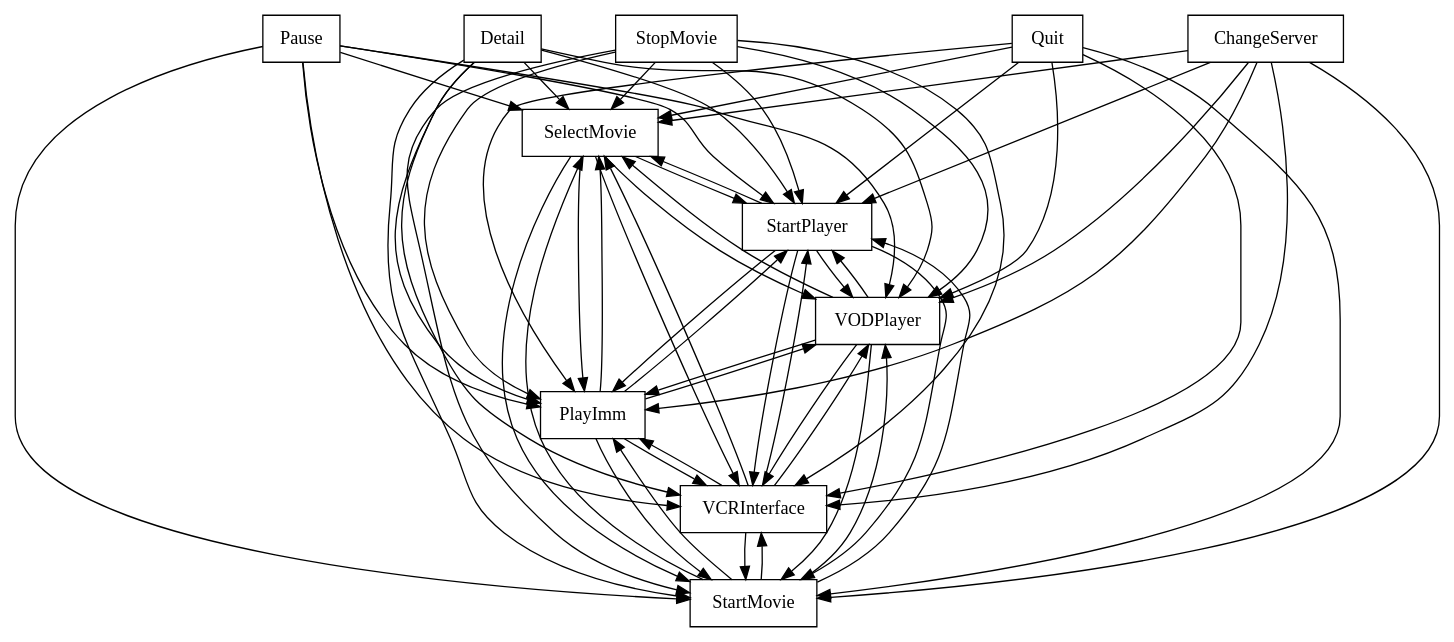
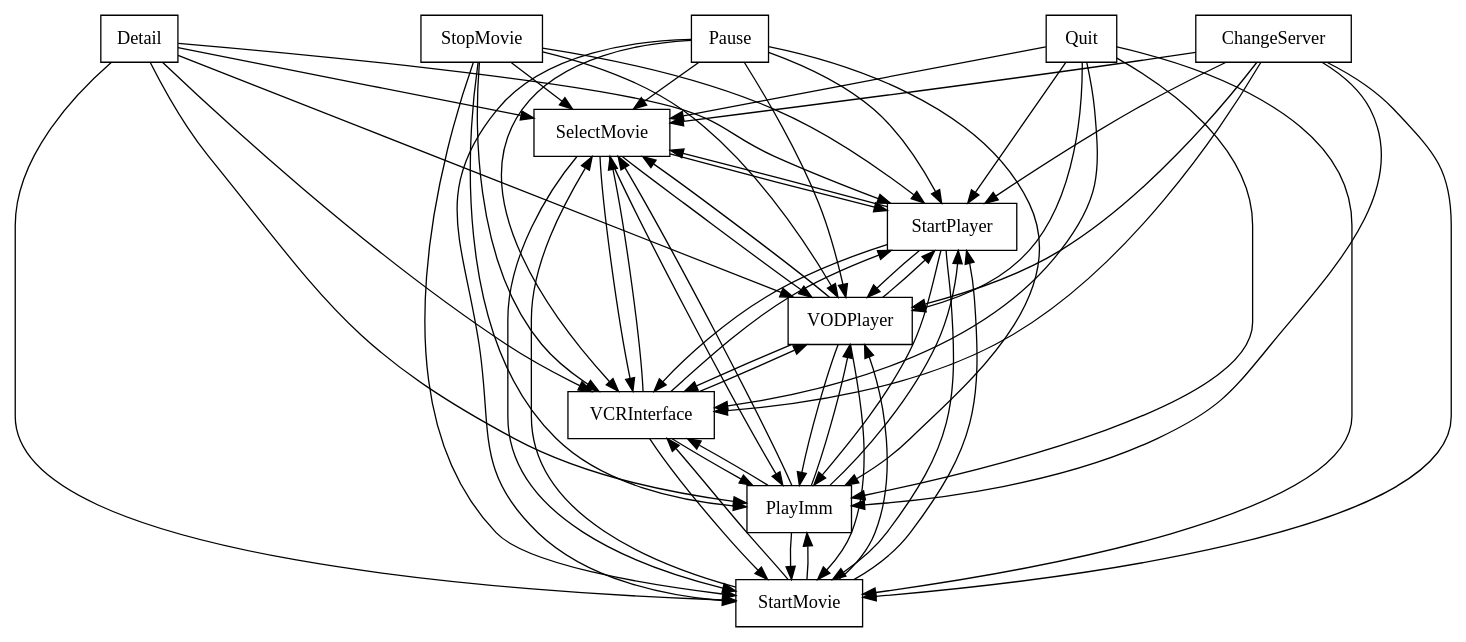
One commit to FAMILIAR-project/familiar-language changed the diagram in FAMILIAR/output/SPLOT-big/fm_26_model_20100324_1996898492.xml.dot. Above: the diagram before and after it, drawn with Graphviz. The commit also changed 102 other files, not shown here.

```diff
--- a/FAMILIAR/output/SPLOT-big/fm_26_model_20100324_1996898492.xml.dot
+++ b/FAMILIAR/output/SPLOT-big/fm_26_model_20100324_1996898492.xml.dot
@@ -1,76 +1,76 @@
 digraph{
 graph [rankdir=TB];
 node [shape=box];
 edge [arrowhead=normal];
 0[label="Detail",]
 1[label="SelectMovie",]
 2[label="StopMovie",]
-3[label="Pause",]
-4[label="StartPlayer",]
-5[label="StartMovie",]
+3[label="StartPlayer",]
+4[label="Pause",]
+5[label="ChangeServer",]
 6[label="Quit",]
-7[label="ChangeServer",]
-8[label="VCRInterface",]
-9[label="PlayImm",]
+7[label="StartMovie",]
+8[label="PlayImm",]
+9[label="VCRInterface",]
 10[label="VODPlayer",]
 0->1[label="",]
-0->4[label="",]
-0->5[label="",]
+0->3[label="",]
+0->7[label="",]
 0->8[label="",]
 0->9[label="",]
 0->10[label="",]
-1->4[label="",]
-1->5[label="",]
+1->3[label="",]
+1->7[label="",]
 1->8[label="",]
 1->9[label="",]
 1->10[label="",]
 2->1[label="",]
-2->4[label="",]
-2->5[label="",]
+2->3[label="",]
+2->7[label="",]
 2->8[label="",]
 2->9[label="",]
 2->10[label="",]
 3->1[label="",]
-3->4[label="",]
-3->5[label="",]
+3->7[label="",]
 3->8[label="",]
 3->9[label="",]
 3->10[label="",]
 4->1[label="",]
-4->5[label="",]
+4->3[label="",]
+4->7[label="",]
 4->8[label="",]
 4->9[label="",]
 4->10[label="",]
 5->1[label="",]
-5->4[label="",]
+5->3[label="",]
+5->7[label="",]
 5->8[label="",]
 5->9[label="",]
 5->10[label="",]
 6->1[label="",]
-6->4[label="",]
-6->5[label="",]
+6->3[label="",]
+6->7[label="",]
 6->8[label="",]
 6->9[label="",]
 6->10[label="",]
 7->1[label="",]
-7->4[label="",]
-7->5[label="",]
+7->3[label="",]
 7->8[label="",]
 7->9[label="",]
 7->10[label="",]
 8->1[label="",]
-8->4[label="",]
-8->5[label="",]
+8->3[label="",]
+8->7[label="",]
 8->9[label="",]
 8->10[label="",]
 9->1[label="",]
-9->4[label="",]
-9->5[label="",]
+9->3[label="",]
+9->7[label="",]
 9->8[label="",]
 9->10[label="",]
 10->1[label="",]
-10->4[label="",]
-10->5[label="",]
+10->3[label="",]
+10->7[label="",]
 10->8[label="",]
 10->9[label="",]
 }
```
